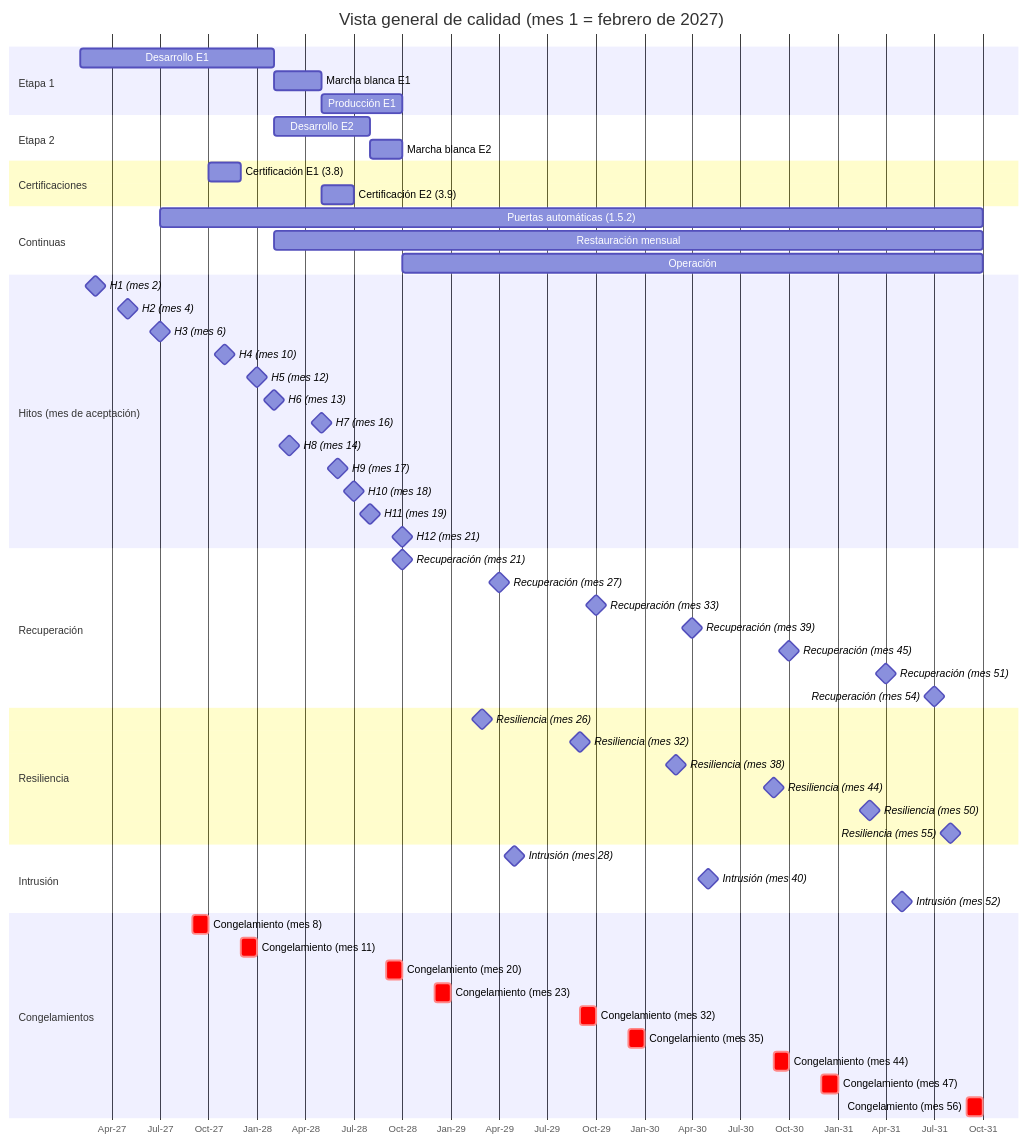
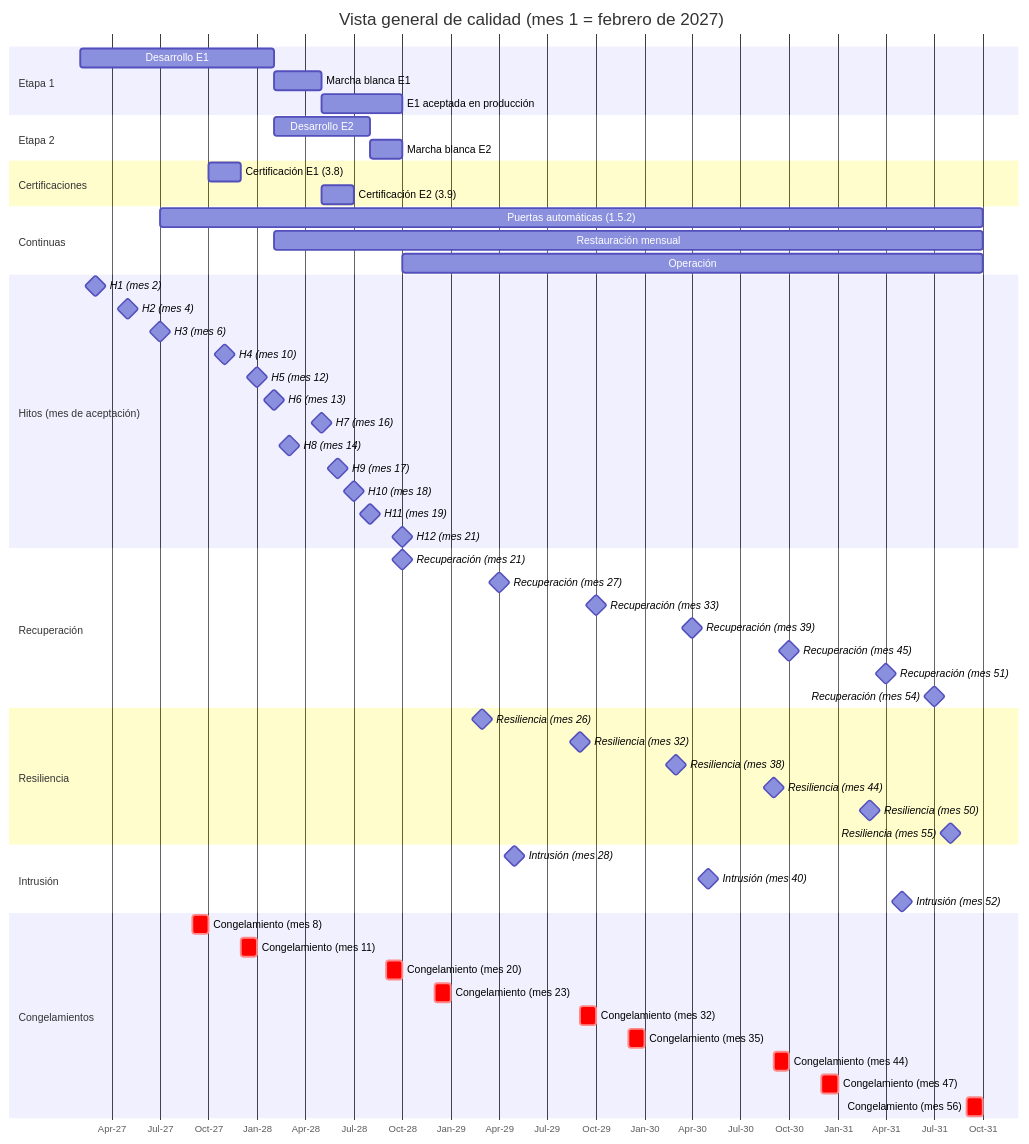
The ninth of 9 diagrams in 09_plan_calidad/v_nueva/LAFROX-Subdocumento9.md (PatricioH315/LafroX), drawn with Mermaid before and after one commit. The commit also changed other lines of this file and 3 other files, not shown here.

````diff
--- a/09_plan_calidad/v_nueva/LAFROX-Subdocumento9.md
+++ b/09_plan_calidad/v_nueva/LAFROX-Subdocumento9.md
@@ -488,62 +488,62 @@
 ```mermaid
 gantt
     title Vista general de calidad (mes 1 = febrero de 2027)
     dateFormat YYYY-MM-DD
     axisFormat %b-%y
     section Etapa 1
     Desarrollo E1 :2027-02-01, 2028-02-01
     Marcha blanca E1 :2028-02-01, 2028-05-01
-    Producción E1 :2028-05-01, 2028-10-01
+    E1 aceptada en producción :2028-05-01, 2028-10-01
     section Etapa 2
     Desarrollo E2 :2028-02-01, 2028-08-01
     Marcha blanca E2 :2028-08-01, 2028-10-01
     section Certificaciones
     Certificación E1 (3.8) :2027-10-01, 2027-12-01
     Certificación E2 (3.9) :2028-05-01, 2028-07-01
     section Continuas
     Puertas automáticas (1.5.2) :2027-07-01, 2031-10-01
     Restauración mensual :2028-02-01, 2031-10-01
     Operación :2028-10-01, 2031-10-01
     section Hitos (mes de aceptación)
     H1 (mes 2) :milestone, 2027-03-01, 0d
     H2 (mes 4) :milestone, 2027-05-01, 0d
     H3 (mes 6) :milestone, 2027-07-01, 0d
     H4 (mes 10) :milestone, 2027-11-01, 0d
     H5 (mes 12) :milestone, 2028-01-01, 0d
     H6 (mes 13) :milestone, 2028-02-01, 0d
     H7 (mes 16) :milestone, 2028-05-01, 0d
     H8 (mes 14) :milestone, 2028-03-01, 0d
     H9 (mes 17) :milestone, 2028-06-01, 0d
     H10 (mes 18) :milestone, 2028-07-01, 0d
     H11 (mes 19) :milestone, 2028-08-01, 0d
     H12 (mes 21) :milestone, 2028-10-01, 0d
     section Recuperación
     Recuperación (mes 21) :milestone, 2028-10-01, 0d
     Recuperación (mes 27) :milestone, 2029-04-01, 0d
     Recuperación (mes 33) :milestone, 2029-10-01, 0d
     Recuperación (mes 39) :milestone, 2030-04-01, 0d
     Recuperación (mes 45) :milestone, 2030-10-01, 0d
     Recuperación (mes 51) :milestone, 2031-04-01, 0d
     Recuperación (mes 54) :milestone, 2031-07-01, 0d
     section Resiliencia
     Resiliencia (mes 26) :milestone, 2029-03-01, 0d
     Resiliencia (mes 32) :milestone, 2029-09-01, 0d
     Resiliencia (mes 38) :milestone, 2030-03-01, 0d
     Resiliencia (mes 44) :milestone, 2030-09-01, 0d
     Resiliencia (mes 50) :milestone, 2031-03-01, 0d
     Resiliencia (mes 55) :milestone, 2031-08-01, 0d
     section Intrusión
     Intrusión (mes 28) :milestone, 2029-05-01, 0d
     Intrusión (mes 40) :milestone, 2030-05-01, 0d
     Intrusión (mes 52) :milestone, 2031-05-01, 0d
     section Congelamientos
     Congelamiento (mes 8) :crit, 2027-09-01, 2027-10-01
     Congelamiento (mes 11) :crit, 2027-12-01, 2028-01-01
     Congelamiento (mes 20) :crit, 2028-09-01, 2028-10-01
     Congelamiento (mes 23) :crit, 2028-12-01, 2029-01-01
     Congelamiento (mes 32) :crit, 2029-09-01, 2029-10-01
     Congelamiento (mes 35) :crit, 2029-12-01, 2030-01-01
     Congelamiento (mes 44) :crit, 2030-09-01, 2030-10-01
     Congelamiento (mes 47) :crit, 2030-12-01, 2031-01-01
     Congelamiento (mes 56) :crit, 2031-09-01, 2031-10-01
 ```
````
